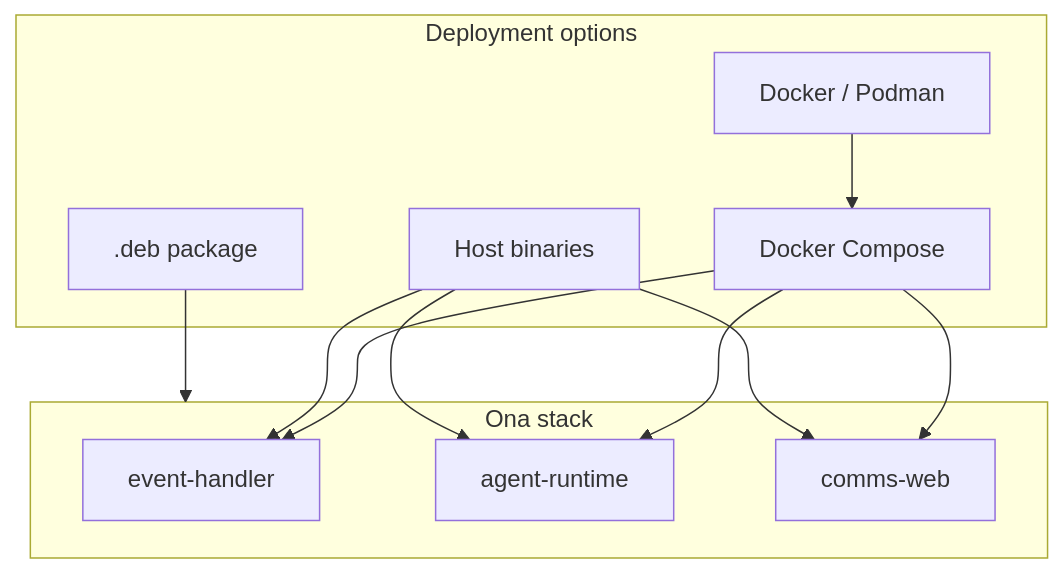
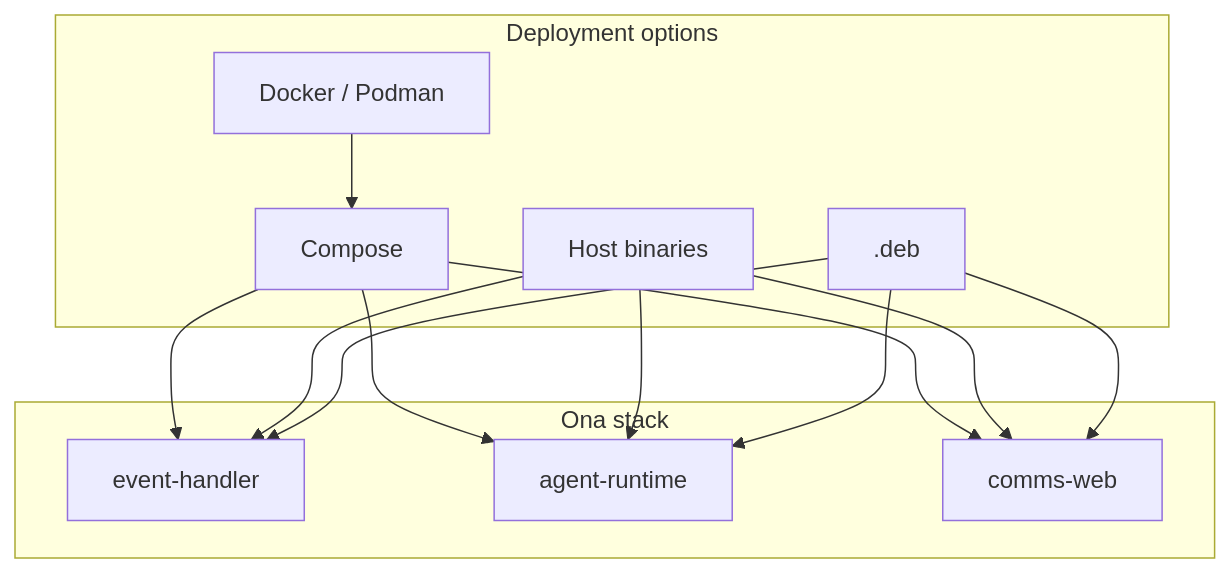
Before and after one commit to zerwiz/onapublic: diagram 11 of 19 in TECH_STACK.md, drawn with Mermaid. The commit also changed other lines of this file, not shown here.

First line of the commit message:
docs: TECH_STACK — more Mermaids, memory layers, security, pluggable, dev tooling

````diff
--- a/TECH_STACK.md
+++ b/TECH_STACK.md
@@ -171,22 +337,24 @@
 ```mermaid
 flowchart TB
-  subgraph deploy["Deployment options"]
+  subgraph opts["Deployment options"]
     Docker[Docker / Podman]
-    Compose[Docker Compose]
+    Compose[Compose]
     Host[Host binaries]
-    Deb[.deb package]
+    Deb[.deb]
   end
   subgraph stack["Ona stack"]
     EH[event-handler]
     AR[agent-runtime]
     CW[comms-web]
   end
   Docker --> Compose
   Compose --> EH
   Compose --> AR
   Compose --> CW
   Host --> EH
   Host --> AR
   Host --> CW
-  Deb --> stack
+  Deb --> EH
+  Deb --> AR
+  Deb --> CW
 ```
````
